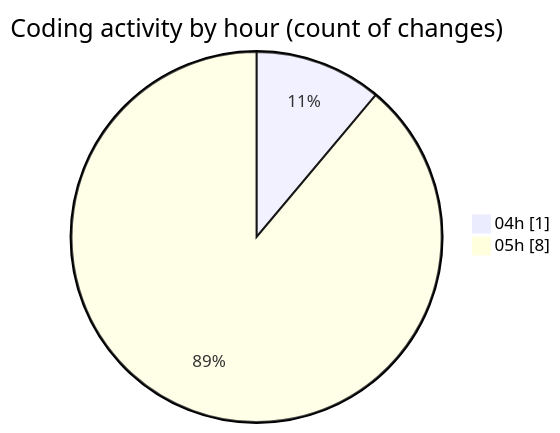
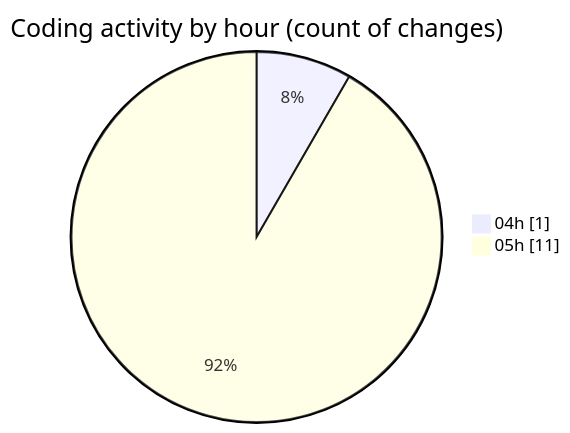
Before and after one commit to vahidmafi/code-tracking: the second of 2 diagrams in 2025-03-24/zeytoon/README.md, drawn with Mermaid. The commit also changed other lines of this file and 1 other file, not shown here.

````diff
--- a/2025-03-24/zeytoon/README.md
+++ b/2025-03-24/zeytoon/README.md
@@ -33,6 +33,6 @@
 ```mermaid
 pie showData
 title Coding activity by hour (count of changes)
 "04h" : 1
-"05h" : 8
+"05h" : 11
 ```
````
